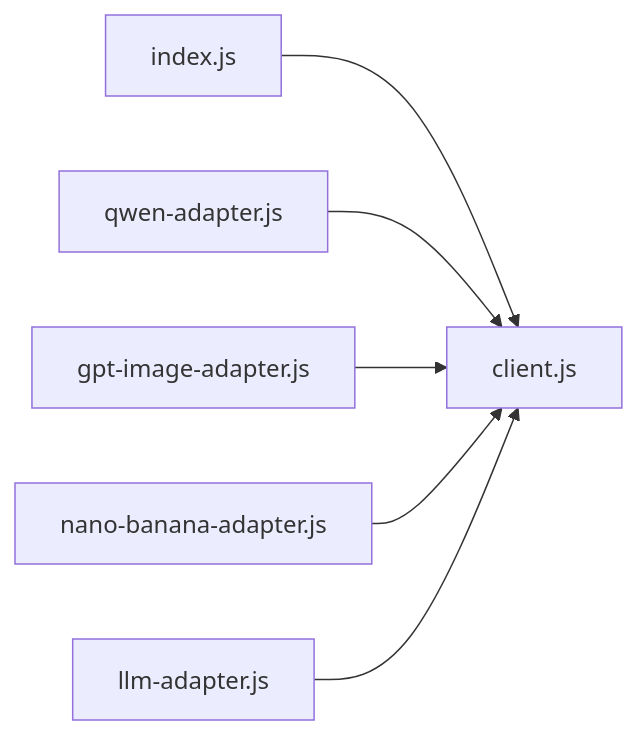
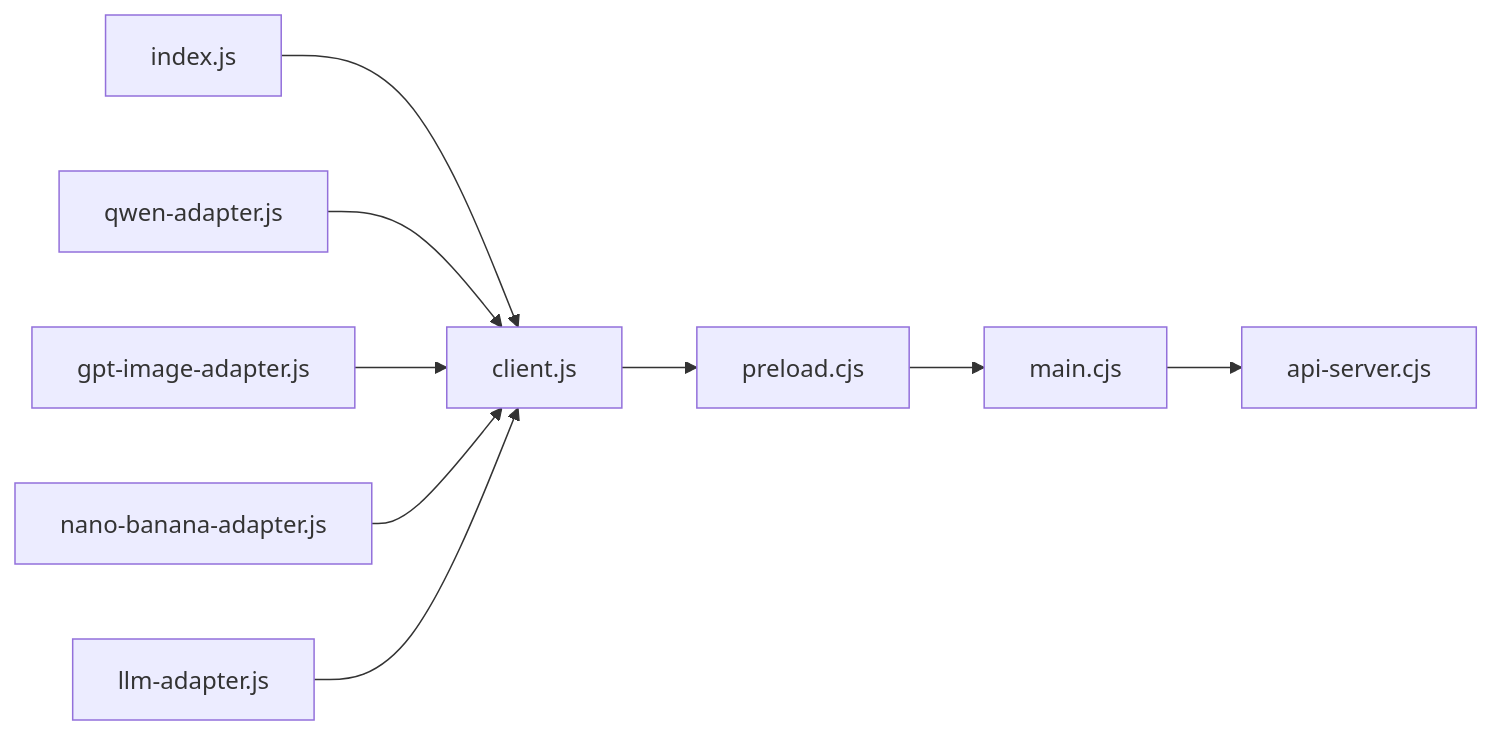
Before and after one commit to AlbusWei/AI-Image-Studio: the ninth of 9 diagrams in .qoder/repowiki/zh/content/API 适配层/HTTP 客户端封装.md, drawn with Mermaid. The commit also changed other lines of this file and 26 other files, not shown here.

Commit message:
fix: 修复 Gallery 图片显示 broken image 问题

````diff
--- a/.qoder/repowiki/zh/content/API 适配层/HTTP 客户端封装.md
+++ b/.qoder/repowiki/zh/content/API 适配层/HTTP 客户端封装.md
@@ -278,8 +426,11 @@
 ```mermaid
 graph LR
 IDX["index.js"] --> CLI["client.js"]
 QWEN["qwen-adapter.js"] --> CLI
 GPTI["gpt-image-adapter.js"] --> CLI
 NANO["nano-banana-adapter.js"] --> CLI
 LLM["llm-adapter.js"] --> CLI
+CLI --> PRELOAD["preload.cjs"]
+PRELOAD --> MAIN["main.cjs"]
+MAIN --> APISERVER["api-server.cjs"]
 ```
````
